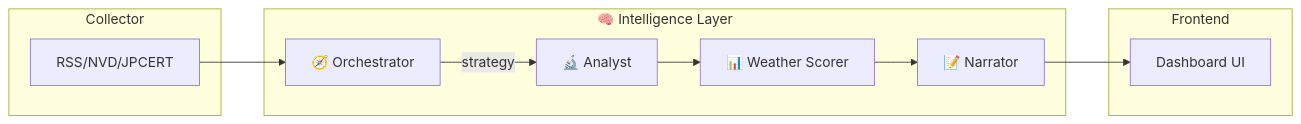
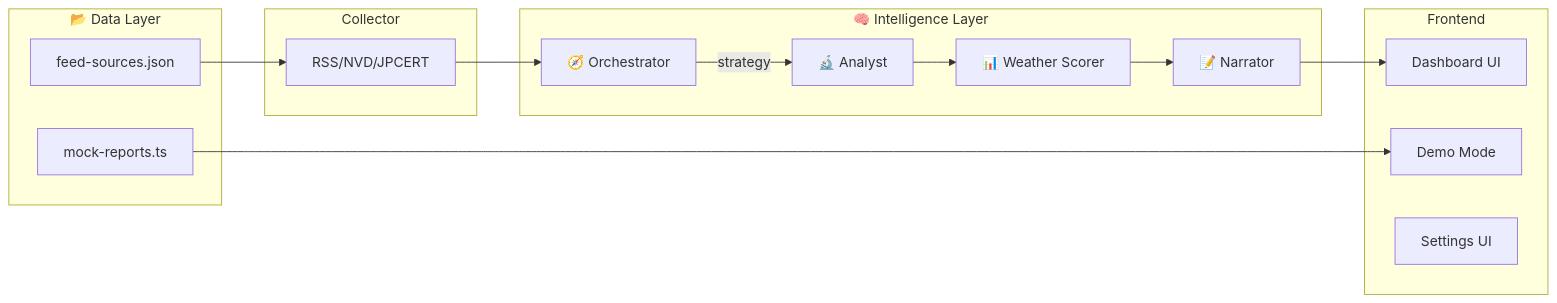
The diagram in docs/security_weather_station/ImplementationPlan.md (mjurymaru-blip/security-weather-station), drawn with Mermaid before and after one commit. The commit also changed other lines of this file and 13 other files, not shown here.

````diff
--- a/docs/security_weather_station/ImplementationPlan.md
+++ b/docs/security_weather_station/ImplementationPlan.md
@@ -34,23 +27,32 @@
 ```mermaid
 graph LR
+    subgraph DataLayer["📂 Data Layer"]
+        FeedJSON[feed-sources.json]
+        MockData[mock-reports.ts]
+    end
+    
     subgraph Collector
         RSS[RSS/NVD/JPCERT]
     end
     
     subgraph Intelligence["🧠 Intelligence Layer"]
         Orchestrator["🧭 Orchestrator"]
         Scorer["📊 Weather Scorer"]
         Analyst["🔬 Analyst"]
         Narrator["📝 Narrator"]
     end
     
     subgraph Frontend
         Dashboard[Dashboard UI]
+        DemoMode[Demo Mode]
+        Settings[Settings UI]
     end
     
+    FeedJSON --> RSS
     RSS --> Orchestrator
     Orchestrator -->|strategy| Analyst
     Analyst --> Scorer
     Scorer --> Narrator
     Narrator --> Dashboard
+    MockData --> DemoMode
 ```
````
